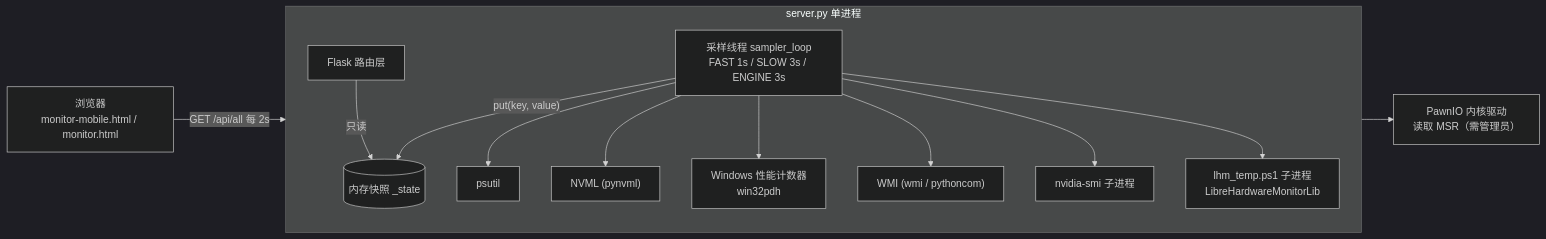
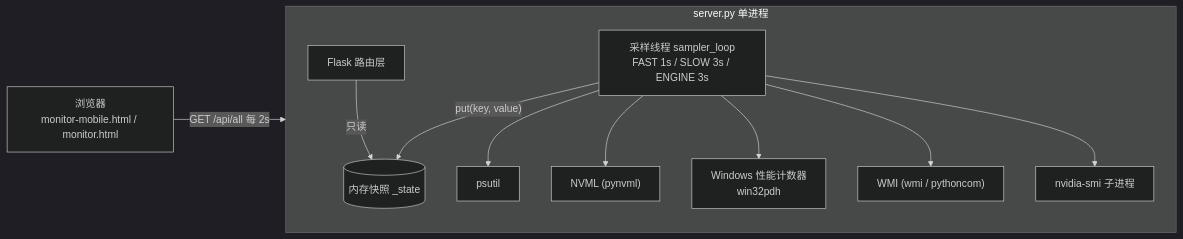
One commit to tyvtjhj/system-resource-monitor changed the diagram in docs/README.md. Above: the diagram before and after it, drawn with Mermaid (dark theme). The commit also changed other lines of this file and 26 other files, not shown here.

````diff
--- a/docs/README.md
+++ b/docs/README.md
@@ -47,19 +45,17 @@
 ```mermaid
 flowchart LR
     B["浏览器<br/>monitor-mobile.html / monitor.html"] -->|"GET /api/all 每 2s"| F["Flask 路由层"]
     F -->|"只读"| S[("内存快照 _state")]
     subgraph PY["server.py 单进程"]
         direction TB
         F
         S
         SA["采样线程 sampler_loop<br/>FAST 1s / SLOW 3s / ENGINE 3s"]
         SA -->|"put(key, value)"| S
         SA --> PS["psutil"]
         SA --> NV["NVML (pynvml)"]
         SA --> PDH["Windows 性能计数器<br/>win32pdh"]
         SA --> WMI["WMI (wmi / pythoncom)"]
         SA --> SMI["nvidia-smi 子进程"]
-        SA --> LHM["lhm_temp.ps1 子进程<br/>LibreHardwareMonitorLib"]
     end
-    LHM --> DRV["PawnIO 内核驱动<br/>读取 MSR（需管理员）"]
 ```
````
